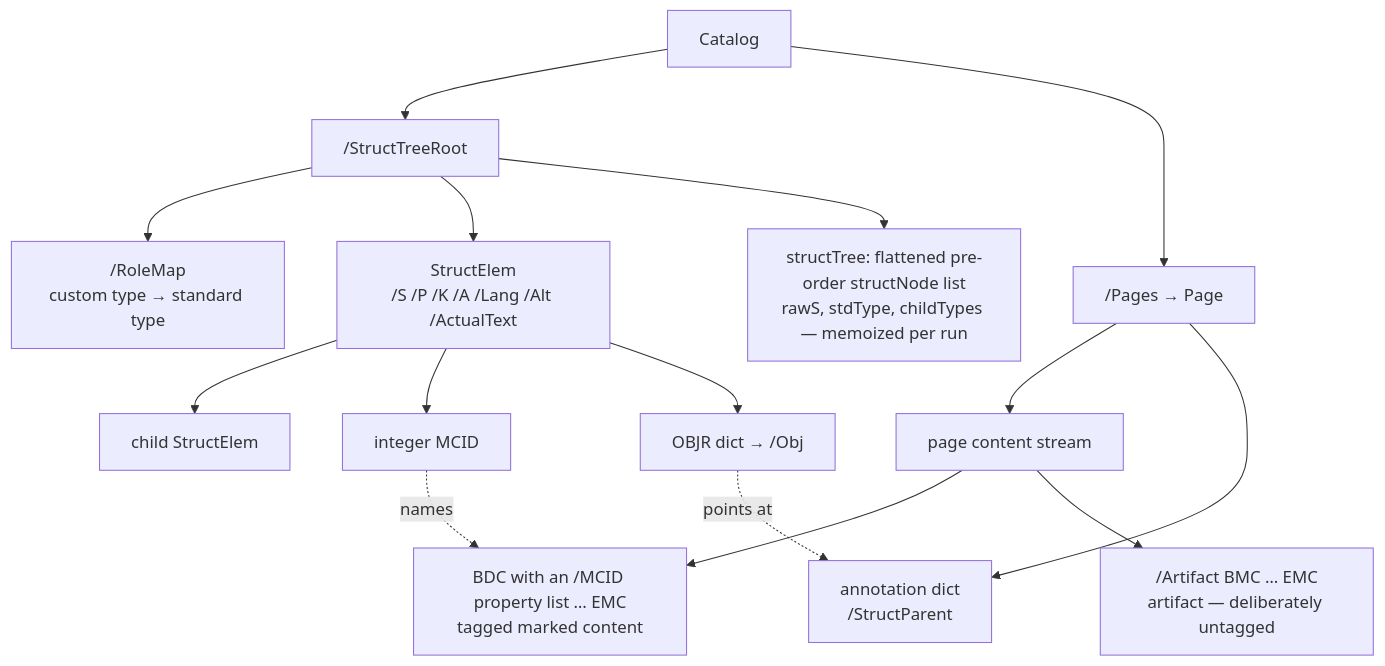
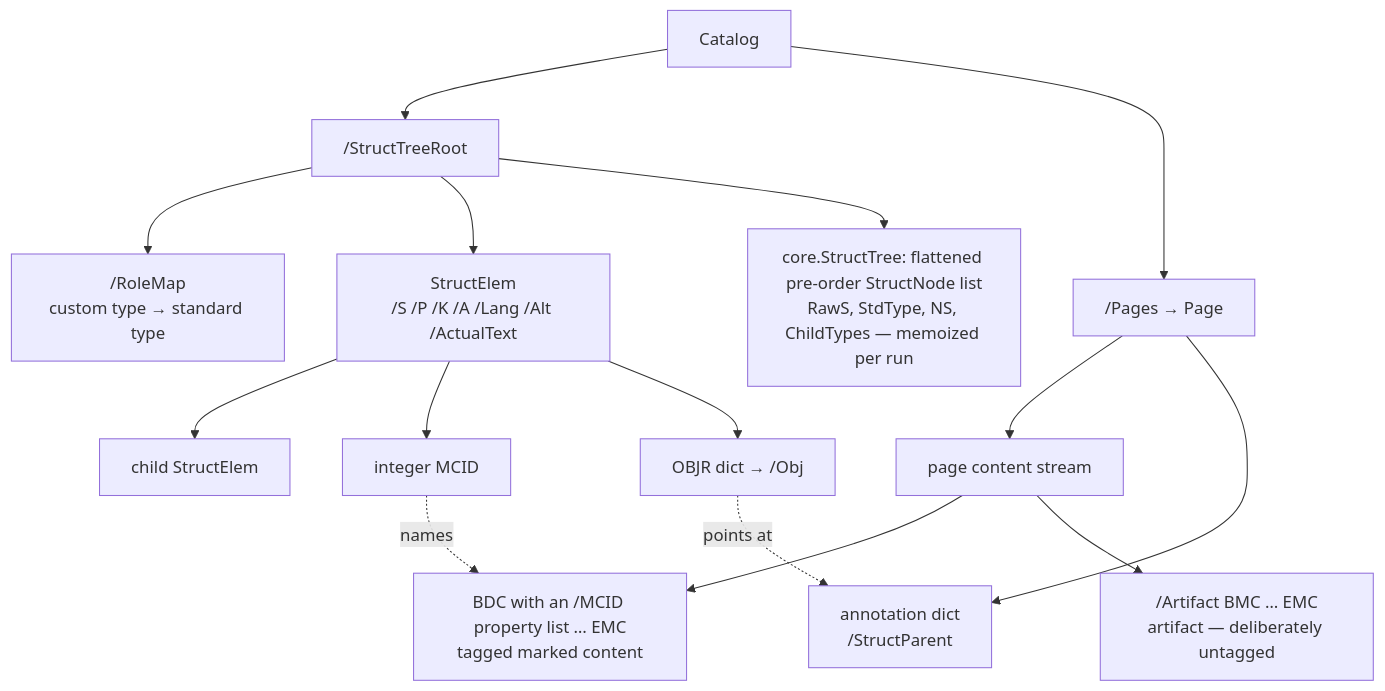
Before and after one commit to mgilbir/pdf0: the first of 2 diagrams in docs/pdfua.md, drawn with Mermaid. The commit also changed other lines of this file and 3 other files, not shown here.

````diff
--- a/docs/pdfua.md
+++ b/docs/pdfua.md
@@ -61,18 +77,18 @@
 ```mermaid
 flowchart TD
     Cat["Catalog"] --> STR["/StructTreeRoot"]
     Cat --> Pages["/Pages → Page"]
     STR --> RM["/RoleMap<br/>custom type → standard type"]
     STR --> E1["StructElem<br/>/S /P /K /A /Lang /Alt /ActualText"]
     E1 --> E2["child StructElem"]
     E1 --> MCID["integer MCID"]
     E1 --> OBJR["OBJR dict → /Obj"]
     Pages --> CS["page content stream"]
     CS --> BDC["BDC with an /MCID property list … EMC<br/>tagged marked content"]
     CS --> ART["/Artifact BMC … EMC<br/>artifact — deliberately untagged"]
     MCID -.->|"names"| BDC
     OBJR -.->|"points at"| ANN["annotation dict<br/>/StructParent"]
     Pages --> ANN
 
-    STR --> FLAT["structTree: flattened pre-order structNode list<br/>rawS, stdType, childTypes — memoized per run"]
+    STR --> FLAT["core.StructTree: flattened pre-order StructNode list<br/>RawS, StdType, NS, ChildTypes — memoized per run"]
 ```
````
